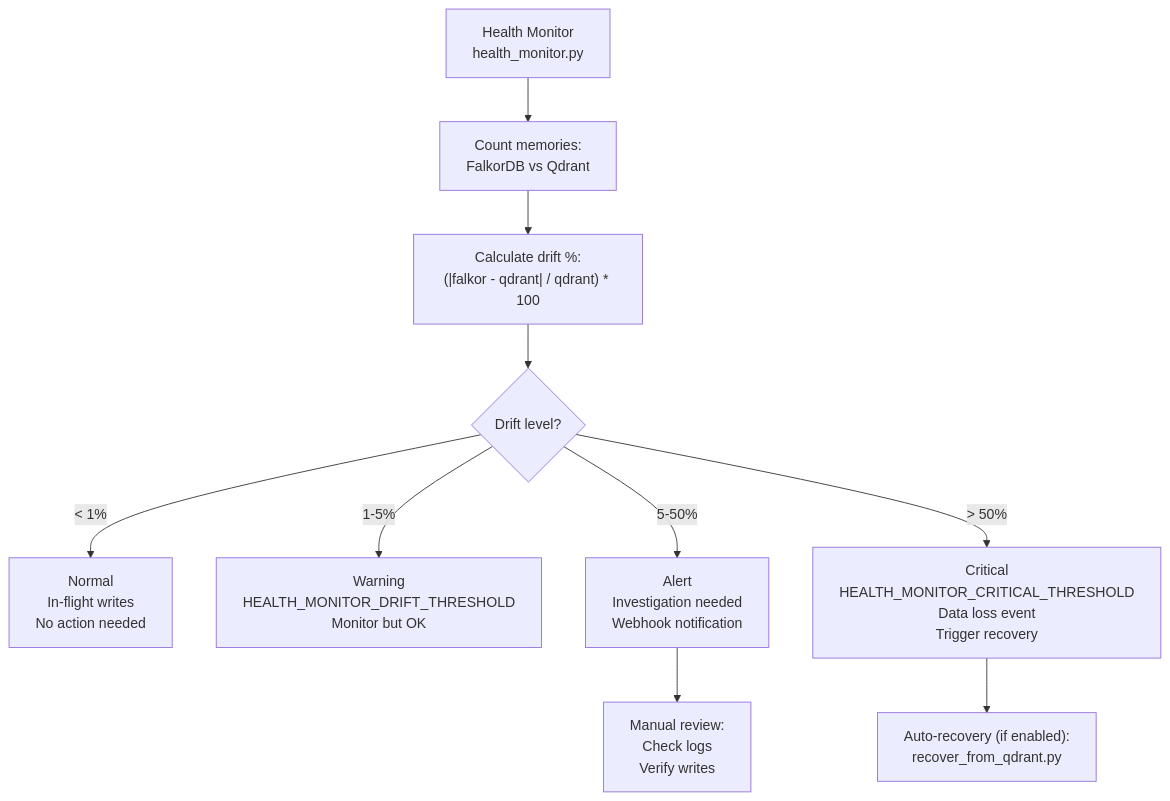
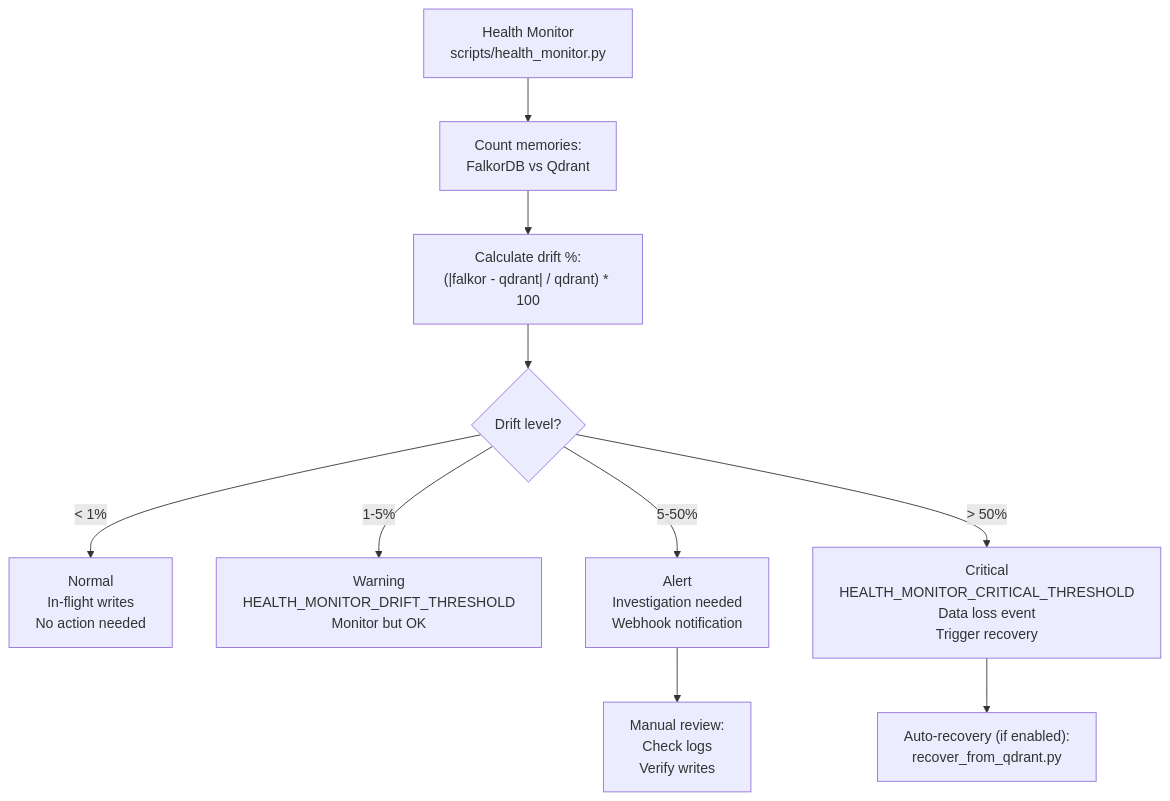
One commit to verygoodplugins/automem-website changed the fifth of 6 diagrams in src/content/docs/docs/operations/troubleshooting.md. Above: the diagram before and after it, drawn with Mermaid. The commit also changed other lines of this file and 1 other file, not shown here.

````diff
--- a/src/content/docs/docs/operations/troubleshooting.md
+++ b/src/content/docs/docs/operations/troubleshooting.md
@@ -322,18 +322,18 @@
 ```mermaid
 flowchart TD
-    Monitor["Health Monitor<br/>health_monitor.py"]
+    Monitor["Health Monitor<br/>scripts/health_monitor.py"]
 
     Monitor --> Count["Count memories:<br/>FalkorDB vs Qdrant"]
 
     Count --> Calc["Calculate drift %:<br/>(|falkor - qdrant| / qdrant) * 100"]
 
     Calc --> Check{"Drift level?"}
 
     Check -->|"< 1%"| Normal["Normal<br/>In-flight writes<br/>No action needed"]
     Check -->|"1-5%"| Warning["Warning<br/>HEALTH_MONITOR_DRIFT_THRESHOLD<br/>Monitor but OK"]
     Check -->|"5-50%"| Alert["Alert<br/>Investigation needed<br/>Webhook notification"]
     Check -->|"> 50%"| Critical["Critical<br/>HEALTH_MONITOR_CRITICAL_THRESHOLD<br/>Data loss event<br/>Trigger recovery"]
 
     Alert --> Manual["Manual review:<br/>Check logs<br/>Verify writes"]
     Critical --> Auto["Auto-recovery (if enabled):<br/>recover_from_qdrant.py"]
 ```
````
